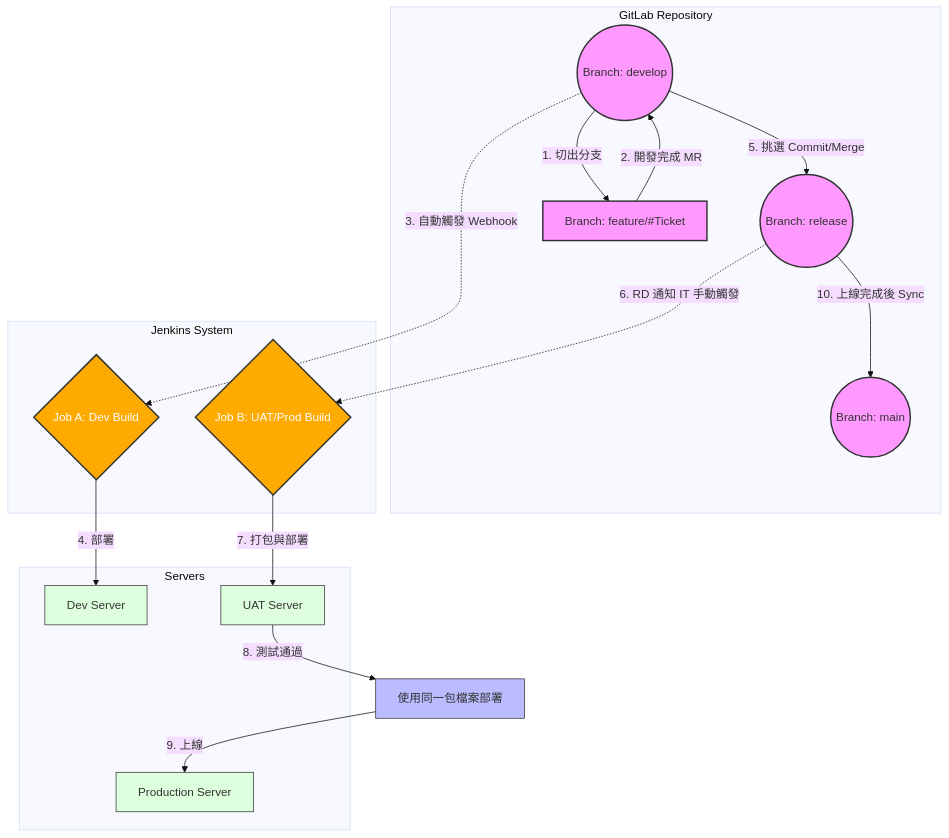
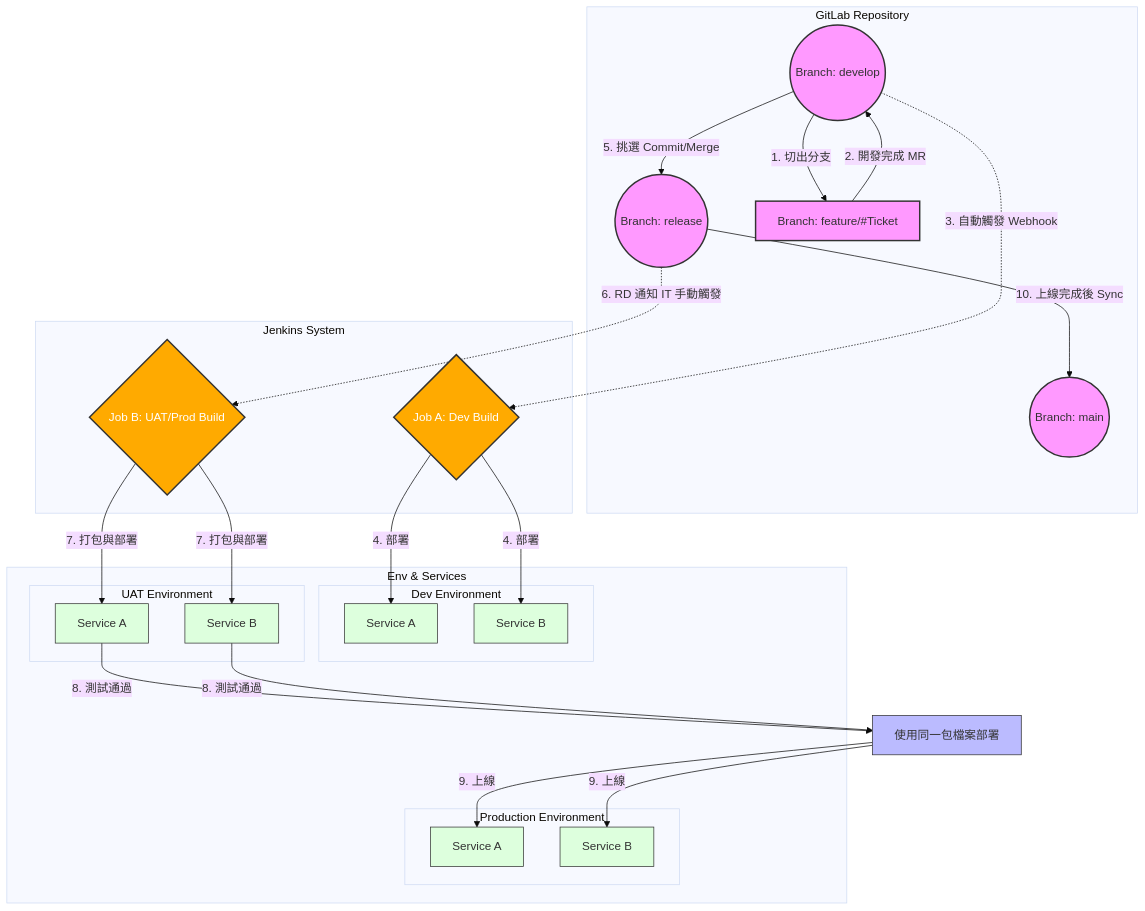
One commit to almightyken0425/KnowledgeVault changed the second of 2 diagrams in SIT/ReleaseWorkFlow.md. Above: the diagram before and after it, drawn with Mermaid (base theme).

Commit message:
修改流程圖

````diff
--- a/SIT/ReleaseWorkFlow.md
+++ b/SIT/ReleaseWorkFlow.md
@@ -47,44 +47,54 @@
 ```mermaid
 graph TD
     %% 定義樣式
     classDef branch fill:#f9f,stroke:#333,stroke-width:2px;
     classDef action fill:#bbf,stroke:#333,stroke-width:1px;
     classDef server fill:#dfd,stroke:#333,stroke-width:1px;
     classDef jenkins fill:#fa0,stroke:#333,stroke-width:2px,color:white;
 
     %% 節點定義
     subgraph Git_Repo [GitLab Repository]
         Main((Branch: main)):::branch
         Release((Branch: release)):::branch
         Develop((Branch: develop)):::branch
         Feature[Branch: feature/#Ticket]:::branch
     end
 
     subgraph CI_CD [Jenkins System]
         JobA{Job A: Dev Build}:::jenkins
         JobB{Job B: UAT/Prod Build}:::jenkins
     end
 
-    subgraph Environments [Servers]
-        DevServer[Dev Server]:::server
-        UATServer[UAT Server]:::server
-        ProdServer[Production Server]:::server
+    subgraph Environments [Env & Services]
+        subgraph DevEnv [Dev Environment]
+            DevServiceA[Service A]:::server
+            DevServiceB[Service B]:::server
+        end
+        subgraph UATEnv [UAT Environment]
+            UATServiceA[Service A]:::server
+            UATServiceB[Service B]:::server
+        end
+        subgraph ProdEnv [Production Environment]
+            ProdServiceA[Service A]:::server
+            ProdServiceB[Service B]:::server
+        end
     end
 
     %% 流程線
     Develop -->|1. 切出分支| Feature
     Feature -->|2. 開發完成 MR| Develop
 
     Develop -.->|3. 自動觸發 Webhook| JobA
-    JobA -->|4. 部署| DevServer
+    JobA -->|4. 部署| DevServiceA & DevServiceB
 
     Develop -->|5. 挑選 Commit/Merge| Release
     Release -.->|6. RD 通知 IT 手動觸發| JobB
 
-    JobB -->|7. 打包與部署| UATServer
-    UATServer -->|8. 測試通過| ProdDeploy[使用同一包檔案部署]:::action
-    ProdDeploy -->|9. 上線| ProdServer
+    JobB -->|7. 打包與部署| UATServiceA & UATServiceB
+    
+    UATServiceA & UATServiceB -->|8. 測試通過| ProdDeploy[使用同一包檔案部署]:::action
+    
+    ProdDeploy -->|9. 上線| ProdServiceA & ProdServiceB
 
     Release -->|10. 上線完成後 Sync| Main
-
 ```
````
